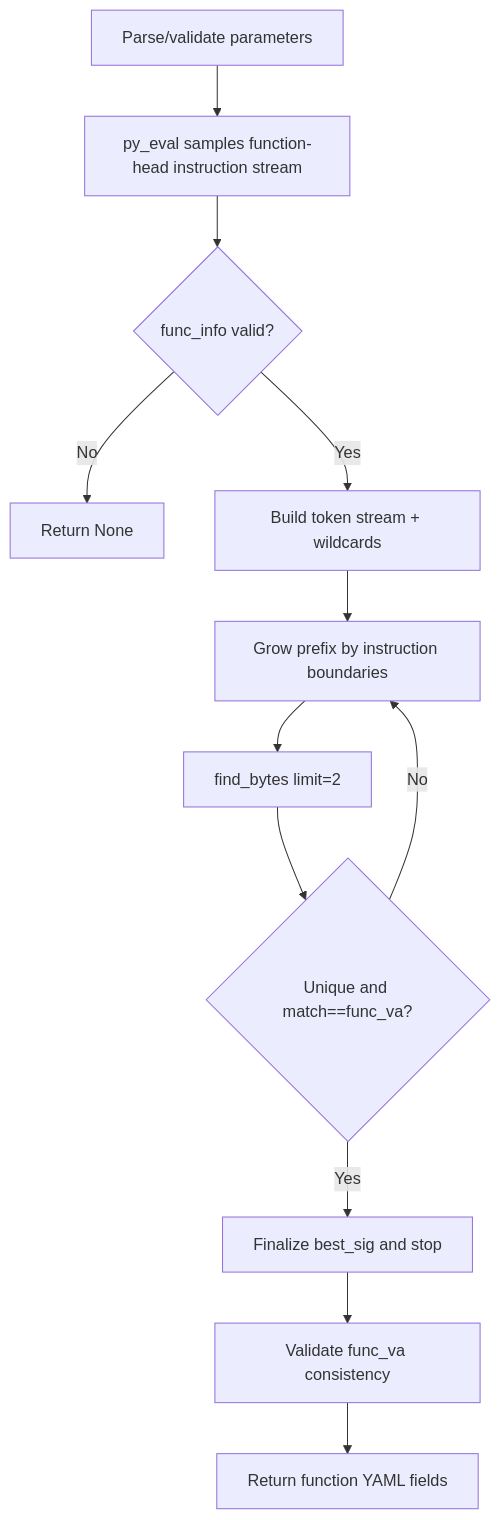
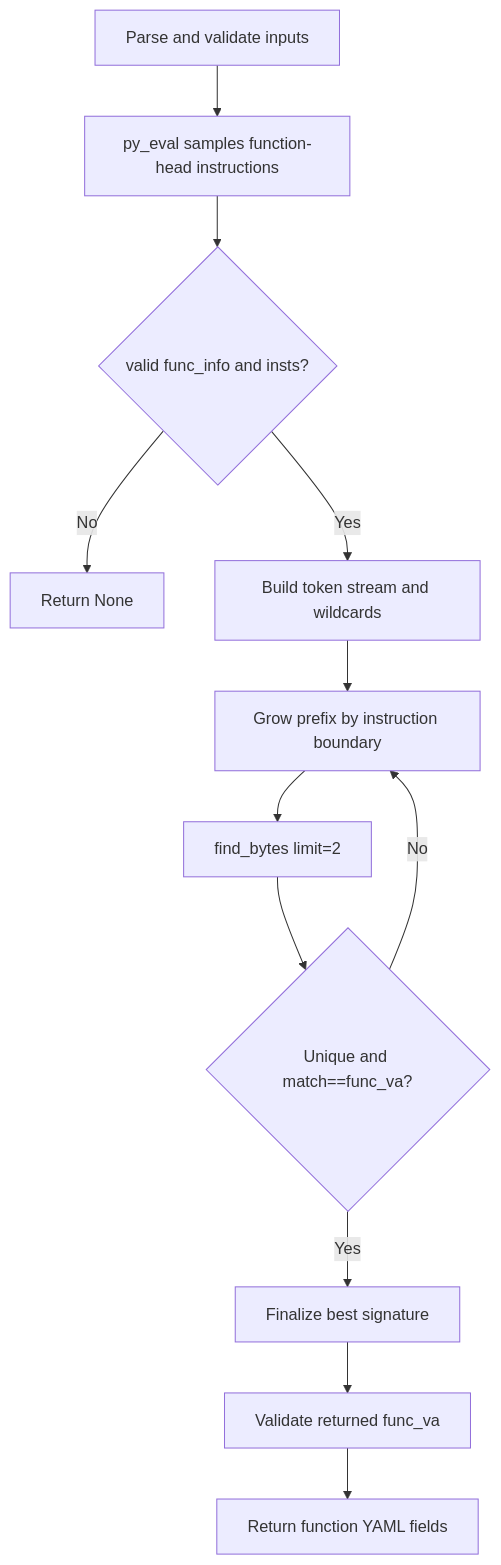
The diagram in .serena/memories/preprocess_gen_func_sig_via_mcp.md (hzqst/CS2_VibeSignatures), drawn with Mermaid before and after one commit. The commit also changed other lines of this file and 6 other files, not shown here.

````diff
--- a/.serena/memories/preprocess_gen_func_sig_via_mcp.md
+++ b/.serena/memories/preprocess_gen_func_sig_via_mcp.md
@@ -45,14 +34,14 @@
 ```mermaid
 flowchart TD
-    A[Parse/validate parameters] --> B[py_eval samples function-head instruction stream]
-    B --> C{func_info valid?}
+    A[Parse and validate inputs] --> B[py_eval samples function-head instructions]
+    B --> C{valid func_info and insts?}
     C -- No --> Z[Return None]
-    C -- Yes --> D[Build token stream + wildcards]
-    D --> E[Grow prefix by instruction boundaries]
+    C -- Yes --> D[Build token stream and wildcards]
+    D --> E[Grow prefix by instruction boundary]
     E --> F[find_bytes limit=2]
     F --> G{Unique and match==func_va?}
     G -- No --> E
-    G -- Yes --> H[Finalize best_sig and stop]
-    H --> I[Validate func_va consistency]
+    G -- Yes --> H[Finalize best signature]
+    H --> I[Validate returned func_va]
     I --> J[Return function YAML fields]
 ```
````
